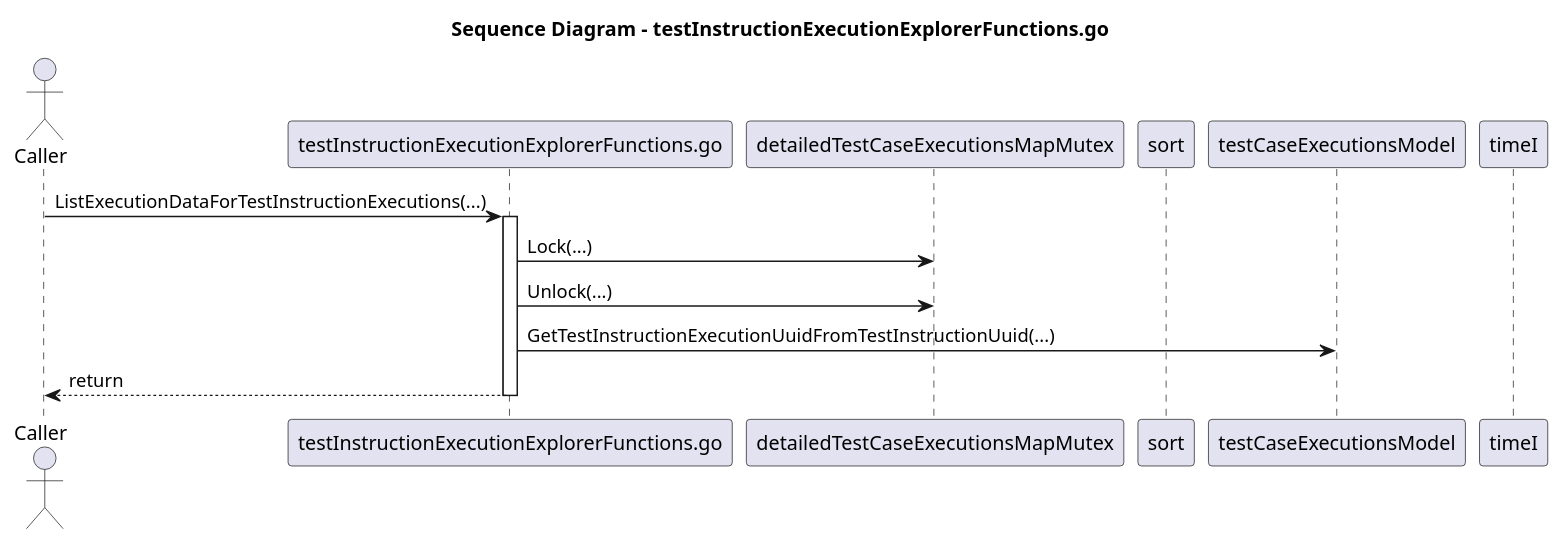
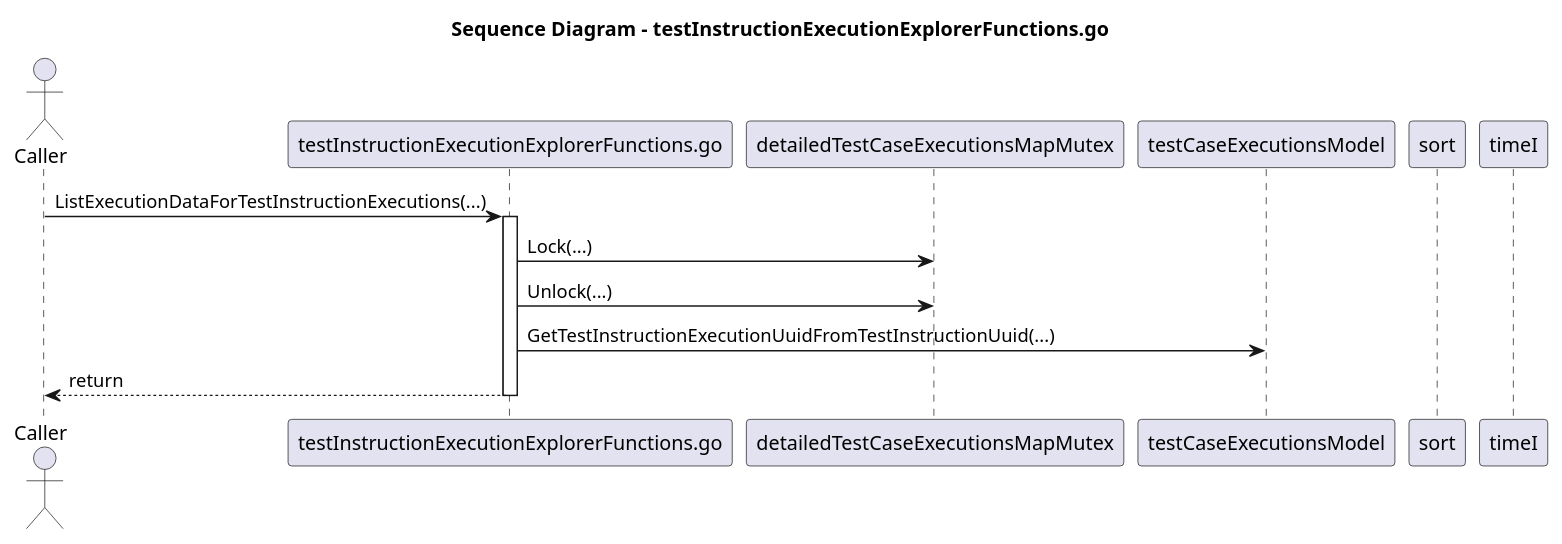
Before and after one commit to jlambert68/FenixTesterGui: the diagram in testCaseExecutions/testCaseExecutionsModel/docs/testInstructionExecutionExplorerFunctions_sequence.puml, drawn with PlantUML. The commit also changed other lines of this file and 707 other files, not shown here.

Commit message:
Added md-files, activity-diagrams and sequence-diagrams for all go-files, v3

```diff
--- a/testCaseExecutions/testCaseExecutionsModel/docs/testInstructionExecutionExplorerFunctions_sequence.puml
+++ b/testCaseExecutions/testCaseExecutionsModel/docs/testInstructionExecutionExplorerFunctions_sequence.puml
@@ -1,16 +1,16 @@
 @startuml
 title Sequence Diagram - testInstructionExecutionExplorerFunctions.go
 actor Caller
 participant "testInstructionExecutionExplorerFunctions.go" as File
 participant "detailedTestCaseExecutionsMapMutex" as detailedTestCaseExecutionsMapMutex
+participant "testCaseExecutionsModel" as testCaseExecutionsModel
 participant "sort" as sort
-participant "testCaseExecutionsModel" as testCaseExecutionsModel
 participant "timeI" as timeI
 Caller -> File: ListExecutionDataForTestInstructionExecutions(...)
 activate File
 File -> detailedTestCaseExecutionsMapMutex: Lock(...)
 File -> detailedTestCaseExecutionsMapMutex: Unlock(...)
 File -> testCaseExecutionsModel: GetTestInstructionExecutionUuidFromTestInstructionUuid(...)
 File --> Caller: return
 deactivate File
 @enduml
```
